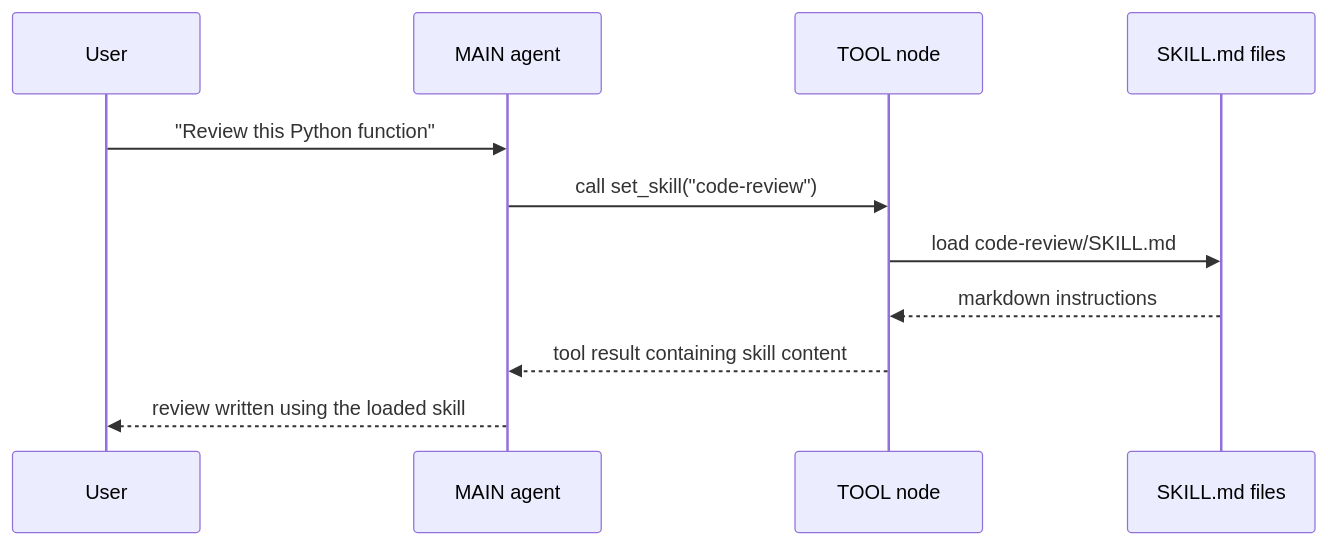
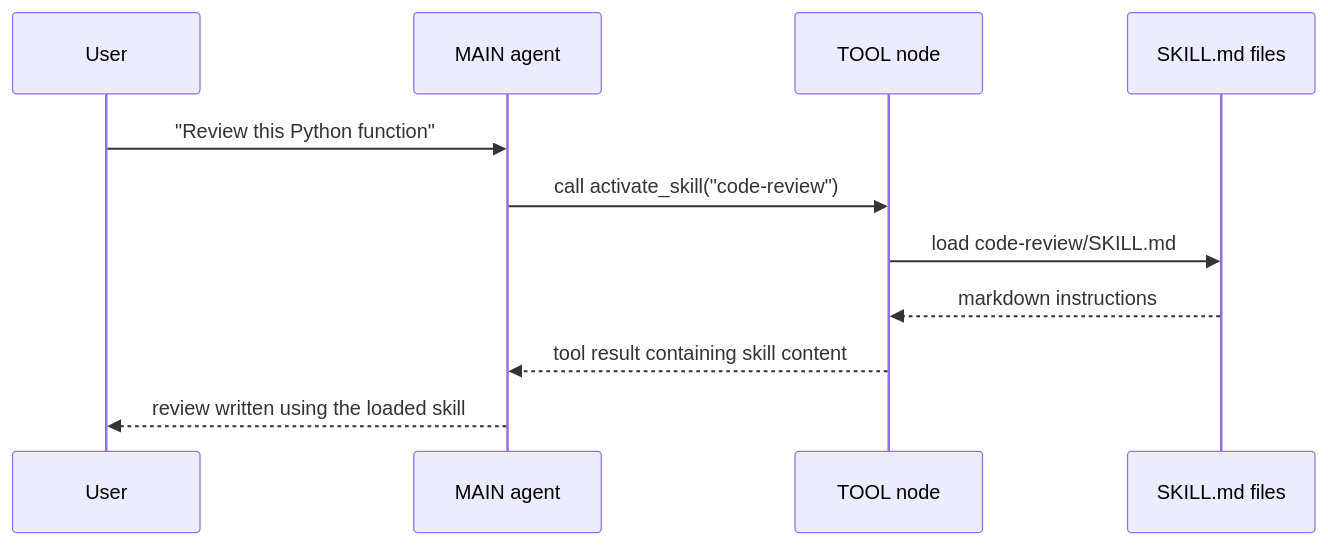
Before and after one commit to 10xHub/agentflow-docs: the second of 3 diagrams in docs/tutorials/from-examples/skills.md, drawn with Mermaid. The commit also changed other lines of this file and 41 other files, not shown here.

````diff
--- a/docs/tutorials/from-examples/skills.md
+++ b/docs/tutorials/from-examples/skills.md
@@ -205,14 +204,14 @@
 ```mermaid
 sequenceDiagram
     participant User
     participant Main as MAIN agent
     participant Tools as TOOL node
     participant Files as SKILL.md files
 
     User->>Main: "Review this Python function"
-    Main->>Tools: call set_skill("code-review")
+    Main->>Tools: call activate_skill("code-review")
     Tools->>Files: load code-review/SKILL.md
     Files-->>Tools: markdown instructions
     Tools-->>Main: tool result containing skill content
     Main-->>User: review written using the loaded skill
 ```
````
